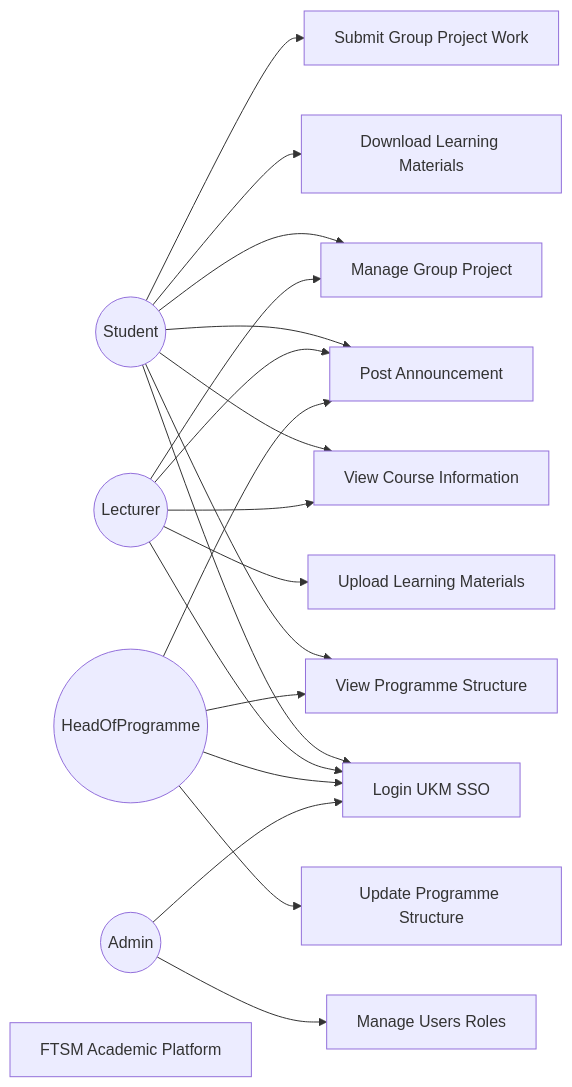
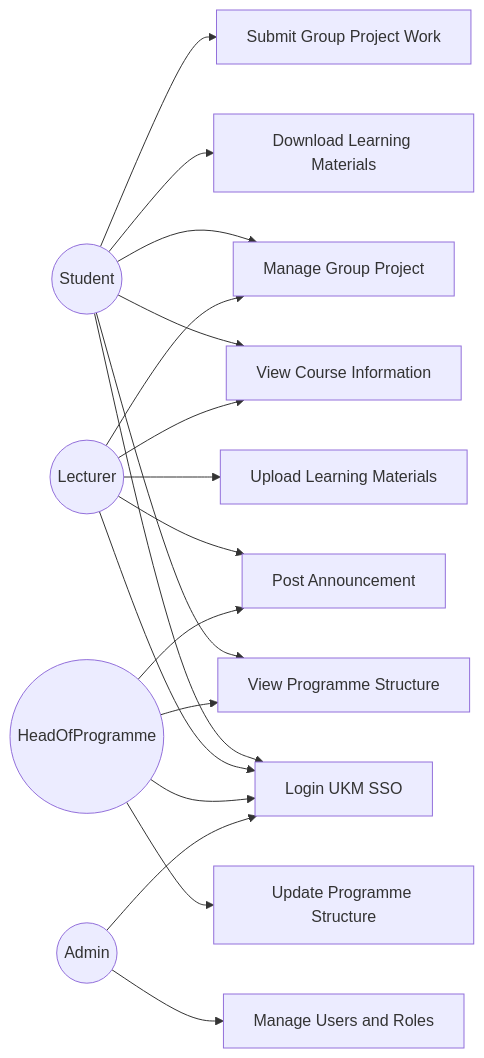
One commit to Lifantastic-O/iodraw-files changed the diagram in all/未命名-1.md. Above: the diagram before and after it, drawn with Mermaid.

Commit message:
2025-12-17 21:59:47 update

````diff
--- a/all/未命名-1.md
+++ b/all/未命名-1.md
@@ -1,44 +1,41 @@
 ```mermaid
 graph LR
 
 Student((Student))
 Lecturer((Lecturer))
 Head((HeadOfProgramme))
 Admin((Admin))
-
-SYS[FTSM Academic Platform]
 
 UC1[Login UKM SSO]
 UC2[View Programme Structure]
 UC3[View Course Information]
 UC4[Download Learning Materials]
 UC5[Upload Learning Materials]
 UC6[Manage Group Project]
 UC7[Submit Group Project Work]
 UC8[Post Announcement]
 UC9[Update Programme Structure]
-UC10[Manage Users Roles]
+UC10[Manage Users and Roles]
 
 Student --> UC1
 Student --> UC2
 Student --> UC3
 Student --> UC4
 Student --> UC6
 Student --> UC7
-Student --> UC8
 
 Lecturer --> UC1
 Lecturer --> UC3
 Lecturer --> UC5
 Lecturer --> UC6
 Lecturer --> UC8
 
 Head --> UC1
 Head --> UC2
 Head --> UC9
 Head --> UC8
 
 Admin --> UC1
 Admin --> UC10
 
 ```
````
